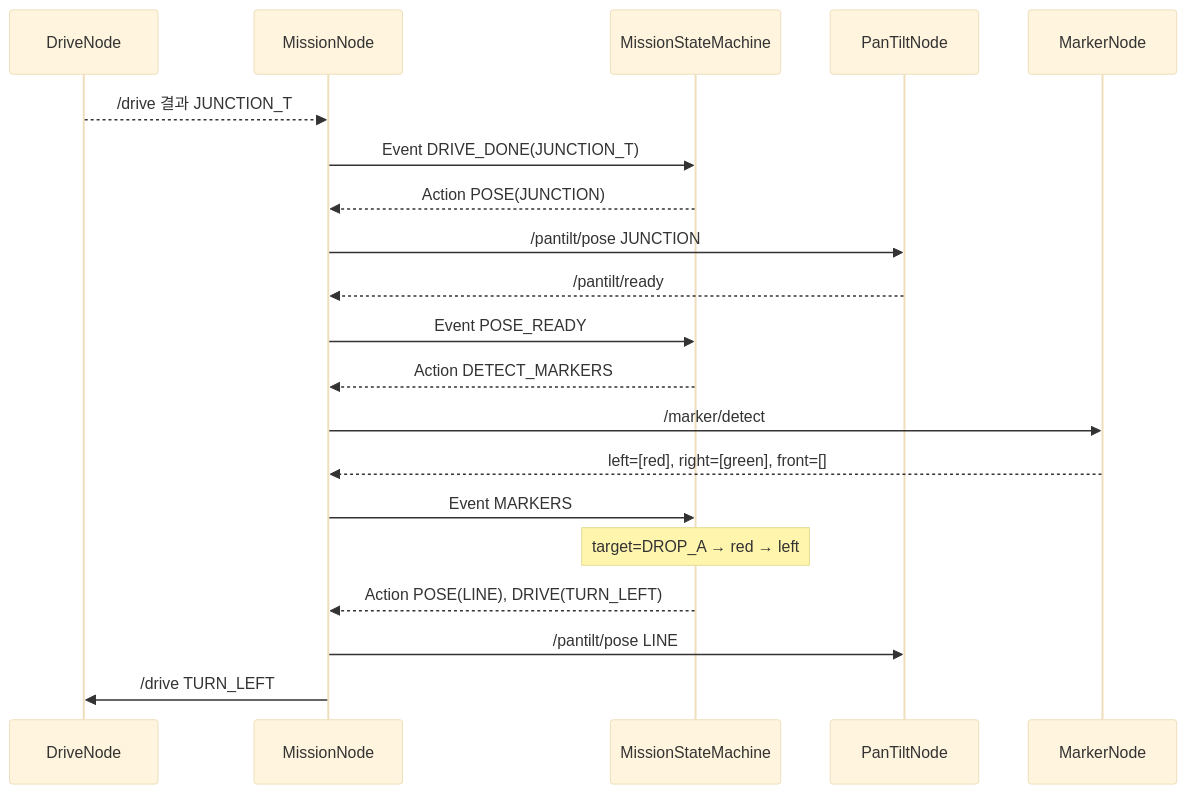
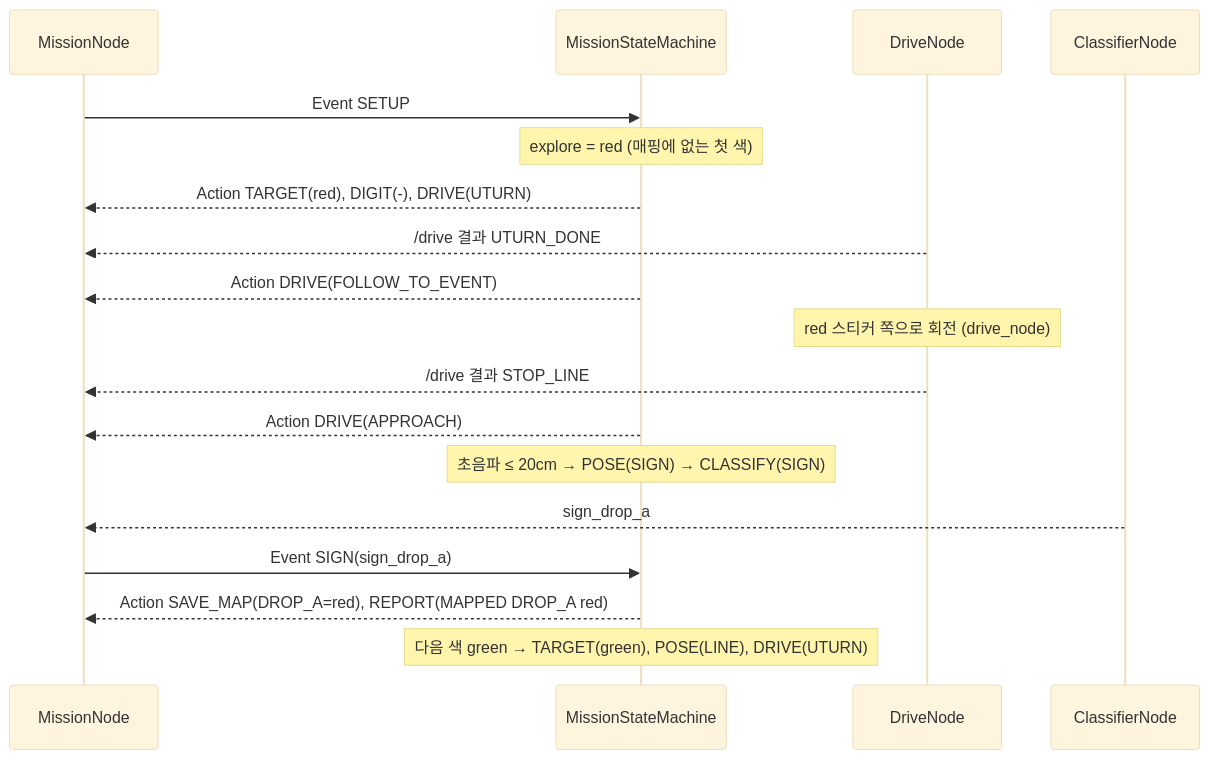
The sixth of 7 diagrams in 02_design/software/class_design.md (hwoo97/logistics-automation), drawn with Mermaid (base theme) before and after one commit. The commit also changed other lines of this file and 67 other files, not shown here.

````diff
--- a/02_design/software/class_design.md
+++ b/02_design/software/class_design.md
@@ -542,22 +553,20 @@
 ```mermaid
 sequenceDiagram
-    participant D as DriveNode
     participant M as MissionNode
     participant SM as MissionStateMachine
-    participant P as PanTiltNode
-    participant K as MarkerNode
-    D-->>M: /drive 결과 JUNCTION_T
-    M->>SM: Event DRIVE_DONE(JUNCTION_T)
-    SM-->>M: Action POSE(JUNCTION)
-    M->>P: /pantilt/pose JUNCTION
-    P-->>M: /pantilt/ready
-    M->>SM: Event POSE_READY
-    SM-->>M: Action DETECT_MARKERS
-    M->>K: /marker/detect
-    K-->>M: left=[red], right=[green], front=[]
-    M->>SM: Event MARKERS
-    Note over SM: target=DROP_A → red → left
-    SM-->>M: Action POSE(LINE), DRIVE(TURN_LEFT)
-    M->>P: /pantilt/pose LINE
-    M->>D: /drive TURN_LEFT
+    participant D as DriveNode
+    participant C as ClassifierNode
+    M->>SM: Event SETUP
+    Note over SM: explore = red (매핑에 없는 첫 색)
+    SM-->>M: Action TARGET(red), DIGIT(-), DRIVE(UTURN)
+    D-->>M: /drive 결과 UTURN_DONE
+    SM-->>M: Action DRIVE(FOLLOW_TO_EVENT)
+    Note over D: red 스티커 쪽으로 회전 (drive_node)
+    D-->>M: /drive 결과 STOP_LINE
+    SM-->>M: Action DRIVE(APPROACH)
+    Note over SM: 초음파 ≤ 20cm → POSE(SIGN) → CLASSIFY(SIGN)
+    C-->>M: sign_drop_a
+    M->>SM: Event SIGN(sign_drop_a)
+    SM-->>M: Action SAVE_MAP(DROP_A=red), REPORT(MAPPED DROP_A red)
+    Note over SM: 다음 색 green → TARGET(green), POSE(LINE), DRIVE(UTURN)
 ```
````
